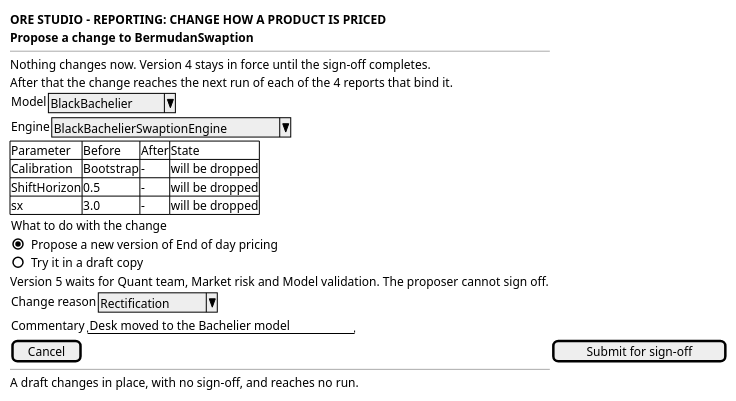
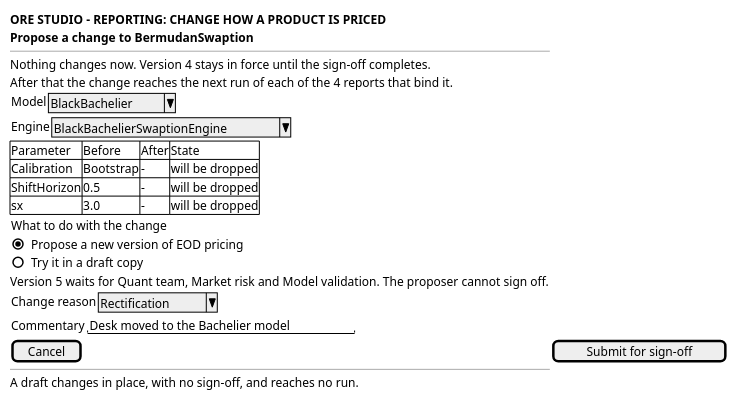
One commit to OreStudio/OreStudio changed the diagram in doc/knowledge/journeys/reporting/wireframe_change_how_a_product_is_priced.puml. Above: the diagram before and after it, drawn with PlantUML. The commit also changed 26 other files, not shown here.

```diff
--- a/doc/knowledge/journeys/reporting/wireframe_change_how_a_product_is_priced.puml
+++ b/doc/knowledge/journeys/reporting/wireframe_change_how_a_product_is_priced.puml
@@ -18,31 +18,31 @@
 @startuml
 
 salt
 {
   <b>ORE STUDIO - REPORTING: CHANGE HOW A PRODUCT IS PRICED</b>
   <b>Propose a change to BermudanSwaption</b>
   --
   Nothing changes now. Version 4 stays in force until the sign-off completes.
   After that the change reaches the next run of each of the 4 reports that bind it.
   { Model | ^BlackBachelier^ }
   { Engine | ^BlackBachelierSwaptionEngine^ }
   {#
     Parameter | Before | After | State
     Calibration | Bootstrap | - | will be dropped
     ShiftHorizon | 0.5 | - | will be dropped
     sx | 3.0 | - | will be dropped
   }
   {
     What to do with the change
-    (X) Propose a new version of End of day pricing
+    (X) Propose a new version of EOD pricing
     ( ) Try it in a draft copy
   }
   Version 5 waits for Quant team, Market risk and Model validation. The proposer cannot sign off.
   { Change reason | ^Rectification^ }
   { Commentary | "Desk moved to the Bachelier model" }
   [ Cancel ] | [ Submit for sign-off ]
   --
   A draft changes in place, with no sign-off, and reaches no run.
 }
 
 @enduml
```
